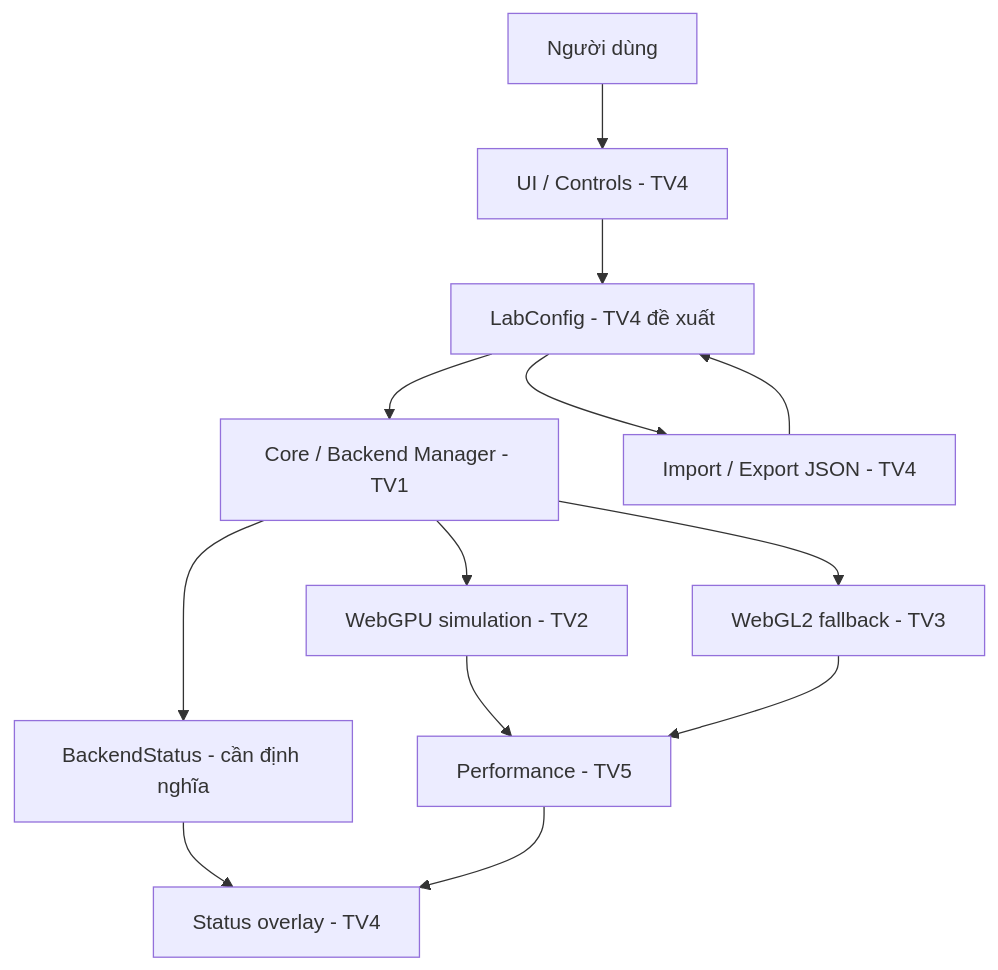
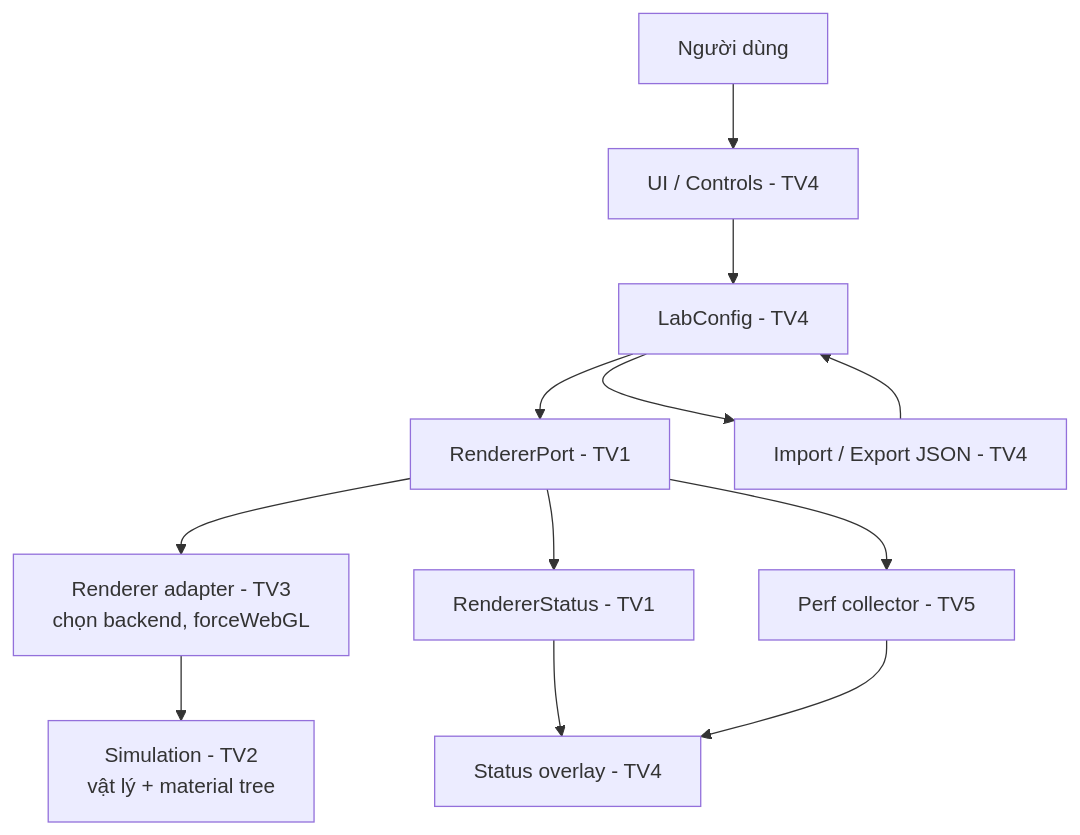
Before and after one commit to DangTAnh/SE2026.11.1.3D-WEB-05: the diagram in docs/02-design/ui-interaction-spec.md, drawn with Mermaid. The commit also changed other lines of this file and 5 other files, not shown here.

First line of the commit message:
docs: align the UI spec with RendererPort and define MVP acceptance

````diff
--- a/docs/02-design/ui-interaction-spec.md
+++ b/docs/02-design/ui-interaction-spec.md
@@ -7,15 +7,14 @@
 ```mermaid
 flowchart TD
     U[Người dùng] --> Controls[UI / Controls - TV4]
-    Controls --> Config[LabConfig - TV4 đề xuất]
-    Config --> Core[Core / Backend Manager - TV1]
-    Core --> WG[WebGPU simulation - TV2]
-    Core --> GL[WebGL2 fallback - TV3]
-    Core --> Status[BackendStatus - cần định nghĩa]
-    WG --> Metric[Performance - TV5]
-    GL --> Metric
+    Controls --> Config[LabConfig - TV4]
+    Config --> Port[RendererPort - TV1]
+    Port --> Adapter[Renderer adapter - TV3<br/>chọn backend, forceWebGL]
+    Adapter --> Sim[Simulation - TV2<br/>vật lý + material tree]
+    Port --> Status[RendererStatus - TV1]
+    Port --> Metric[Perf collector - TV5]
     Status --> Overlay[Status overlay - TV4]
     Metric --> Overlay
     Config --> Preset[Import / Export JSON - TV4]
     Preset --> Config
 ```
````
